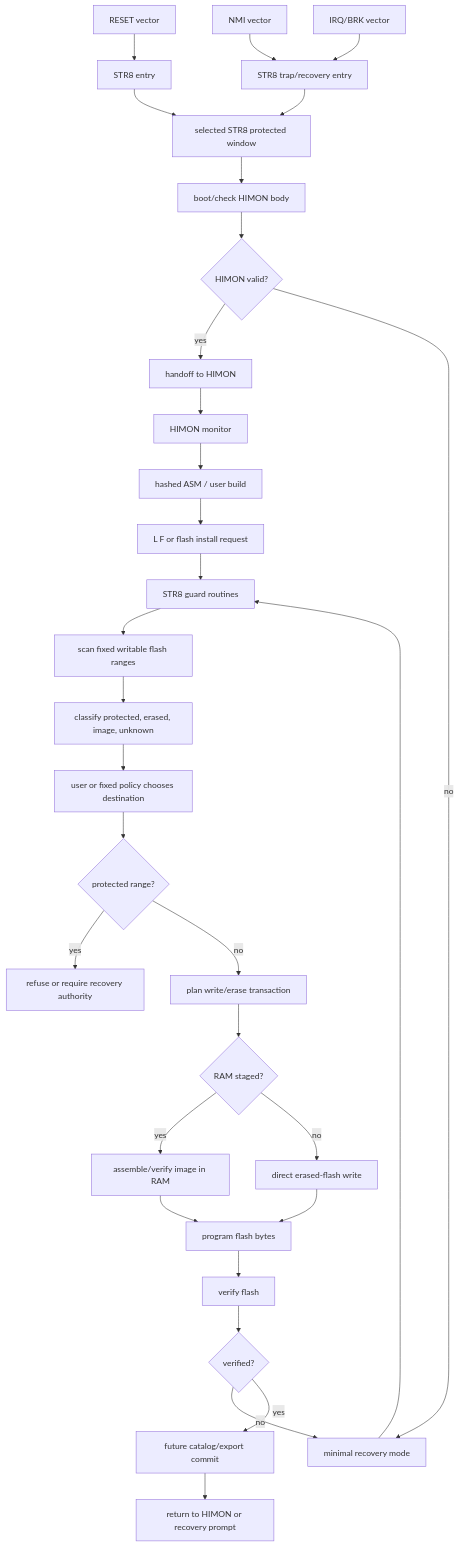
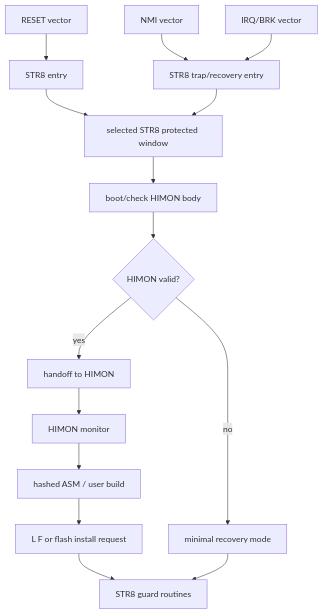
Before and after one commit to 95westus/R-YORS: the first of 5 diagrams in DOC/GUIDES/STR8/STR8.md, drawn with Mermaid. The commit also changed other lines of this file and 59 other files, not shown here.

````diff
--- a/DOC/GUIDES/STR8/STR8.md
+++ b/DOC/GUIDES/STR8/STR8.md
@@ -528,39 +541,17 @@
 ```mermaid
 flowchart TD
     RESET[RESET vector] --> STR8_ENTRY[STR8 entry]
     NMI[NMI vector] --> STR8_TRAP[STR8 trap/recovery entry]
     IRQ[IRQ/BRK vector] --> STR8_TRAP
-
     STR8_ENTRY --> ANCHOR[selected STR8 protected window]
     STR8_TRAP --> ANCHOR
     ANCHOR --> BOOTCHECK[boot/check HIMON body]
-
     BOOTCHECK --> SAFE{HIMON valid?}
     SAFE -->|yes| HANDOFF[handoff to HIMON]
     SAFE -->|no| RECOVERY[minimal recovery mode]
-
     HANDOFF --> HIMON[HIMON monitor]
     HIMON --> ASM[hashed ASM / user build]
     ASM --> LF[L F or flash install request]
     LF --> STR8_API[STR8 guard routines]
-
     RECOVERY --> STR8_API
-    STR8_API --> SCAN[scan fixed writable flash ranges]
-    SCAN --> CLASSIFY[classify protected, erased, image, unknown]
-    CLASSIFY --> CHOOSE[user or fixed policy chooses destination]
-    CHOOSE --> RANGE{protected range?}
-    RANGE -->|yes| REFUSE[refuse or require recovery authority]
-    RANGE -->|no| PLAN[plan write/erase transaction]
-
-    PLAN --> STAGE{RAM staged?}
-    STAGE -->|yes| RAMIMG[assemble/verify image in RAM]
-    STAGE -->|no| DIRECT[direct erased-flash write]
-    RAMIMG --> PROGRAM[program flash bytes]
-    DIRECT --> PROGRAM
-
-    PROGRAM --> VERIFY[verify flash]
-    VERIFY --> OK{verified?}
-    OK -->|no| RECOVERY
-    OK -->|yes| CATALOG[future catalog/export commit]
-    CATALOG --> RETURN[return to HIMON or recovery prompt]
 ```
````
